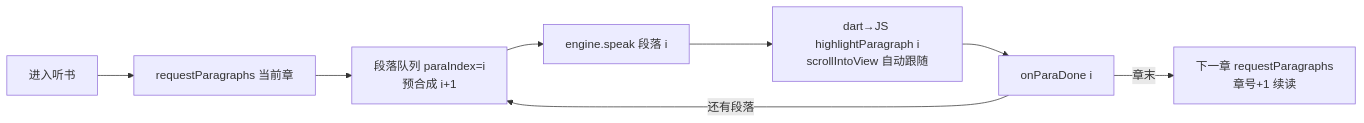
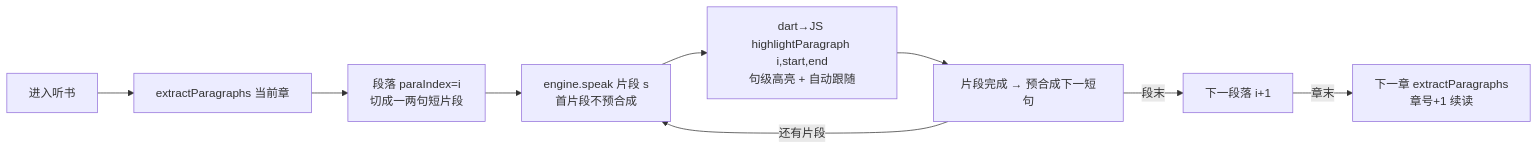
Before and after one commit to 51www/kele-audio: the second of 2 diagrams in docs/reader-design.md, drawn with Mermaid. The commit also changed other lines of this file and 40 other files, not shown here.

Commit message:
feat: 阅读器完善跨章翻页与句级高亮，新增 PDF/MOBI 导入并下线自定义 HTTP 朗读 —— paginator 章首尾预留 0.45 页拖动余量触发切章，切章失败回弹原位且异常时解锁避免整本翻不动，skip 解析失败空 spine 项并兜住预加载 Promise；句级高亮按归一化字符区间抽出临时 span，清空时还原节点；页码主题色显式注入 shadow DOM 页脚；Android 为 file_picker 补 KGP 并统一 JVM 17；移除 HTTP TTS 引擎与图片缓存清理，README 同步导入格式与朗读档位说明

````diff
--- a/docs/reader-design.md
+++ b/docs/reader-design.md
@@ -177,10 +175,11 @@
 ```mermaid
 flowchart LR
-    A[进入听书] --> B[requestParagraphs 当前章]
-    B --> C[段落队列 paraIndex=i<br/>预合成 i+1]
-    C --> D[engine.speak 段落 i]
-    D --> E[dart→JS highlightParagraph i<br/>scrollIntoView 自动跟随]
-    E --> F[onParaDone i]
-    F -->|还有段落| C
-    F -->|章末| G[下一章 requestParagraphs<br/>章号+1 续读]
+    A[进入听书] --> B[extractParagraphs 当前章]
+    B --> C[段落 paraIndex=i<br/>切成一两句短片段]
+    C --> D[engine.speak 片段 s<br/>首片段不预合成]
+    D --> E[dart→JS highlightParagraph i,start,end<br/>句级高亮 + 自动跟随]
+    E --> F[片段完成 → 预合成下一短句]
+    F -->|还有片段| D
+    F -->|段末| G[下一段落 i+1]
+    G -->|章末| H[下一章 extractParagraphs<br/>章号+1 续读]
 ```
````
